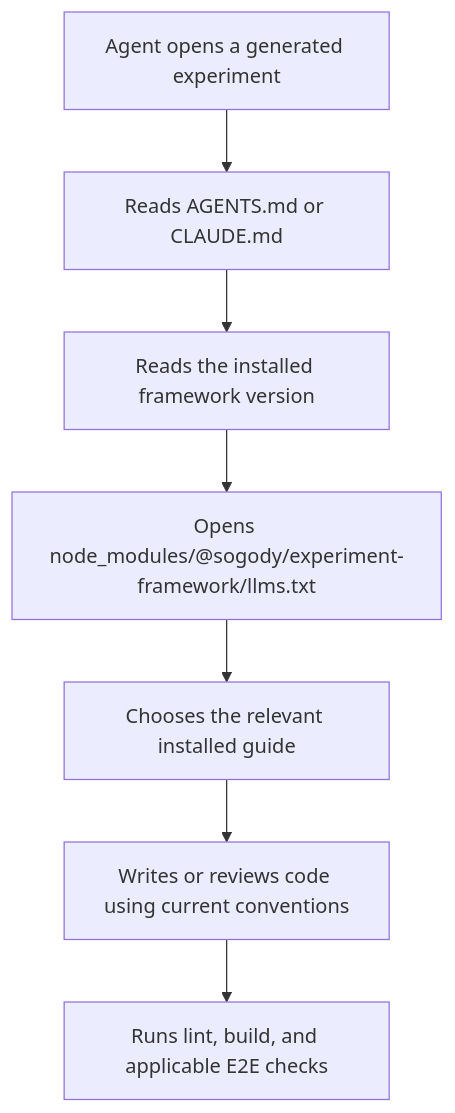
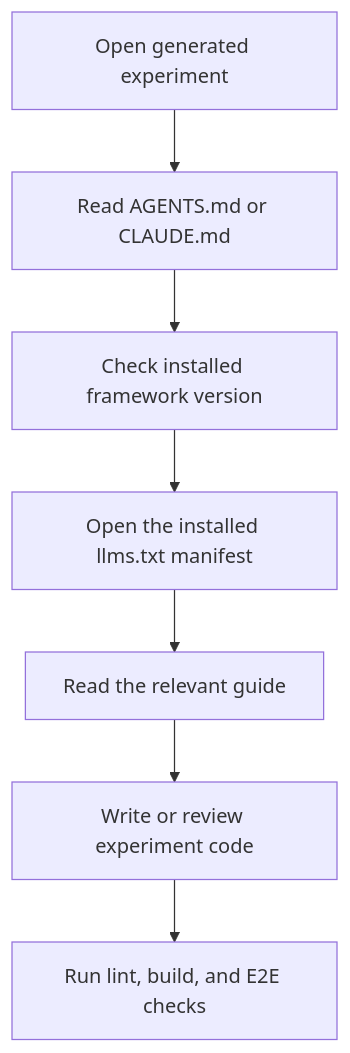
Before and after one commit to Aldisogody/Experiment-Docs: the diagram in docs/development/ai-project-support.md, drawn with Mermaid. The commit also changed 2 other files, not shown here.

Commit message:
docs: redesign 2.2 release diagrams

````diff
--- a/docs/development/ai-project-support.md
+++ b/docs/development/ai-project-support.md
@@ -15,9 +15,11 @@
 ```mermaid
 flowchart TD
-    A["Agent opens a generated experiment"] --> B["Reads AGENTS.md or CLAUDE.md"]
-    B --> C["Reads the installed framework version"]
-    C --> D["Opens node_modules/@sogody/experiment-framework/llms.txt"]
-    D --> E["Chooses the relevant installed guide"]
-    E --> F["Writes or reviews code using current conventions"]
-    F --> G["Runs lint, build, and applicable E2E checks"]
+    accTitle: How an agent finds version-matched guidance
+    accDescr: The agent reads the generated project instructions, checks the installed framework version and documentation manifest, chooses the relevant guide, then writes or reviews code and validates it.
+    A["Open generated experiment"] --> B["Read AGENTS.md or CLAUDE.md"]
+    B --> C["Check installed framework version"]
+    C --> D["Open the installed llms.txt manifest"]
+    D --> E["Read the relevant guide"]
+    E --> F["Write or review experiment code"]
+    F --> G["Run lint, build, and E2E checks"]
 ```
````
